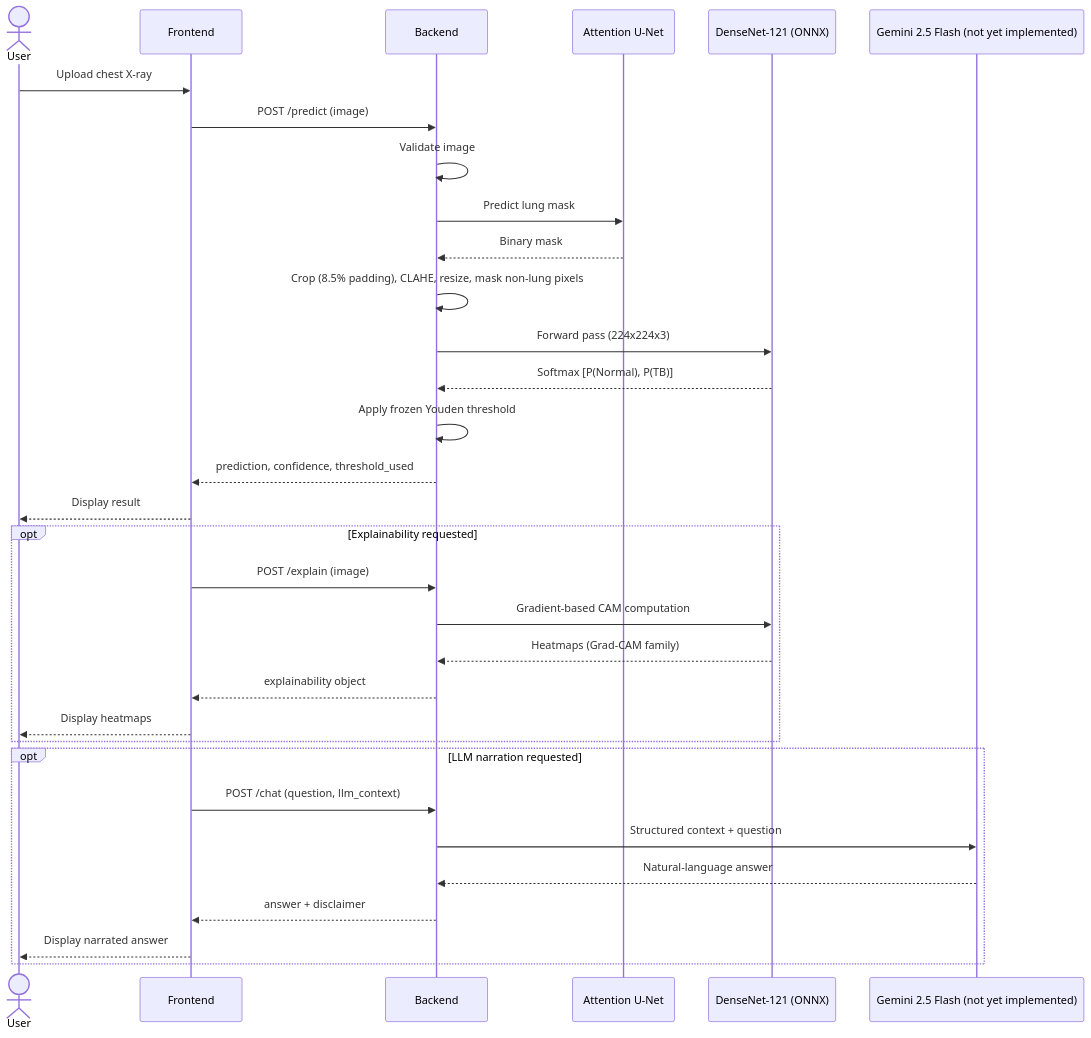
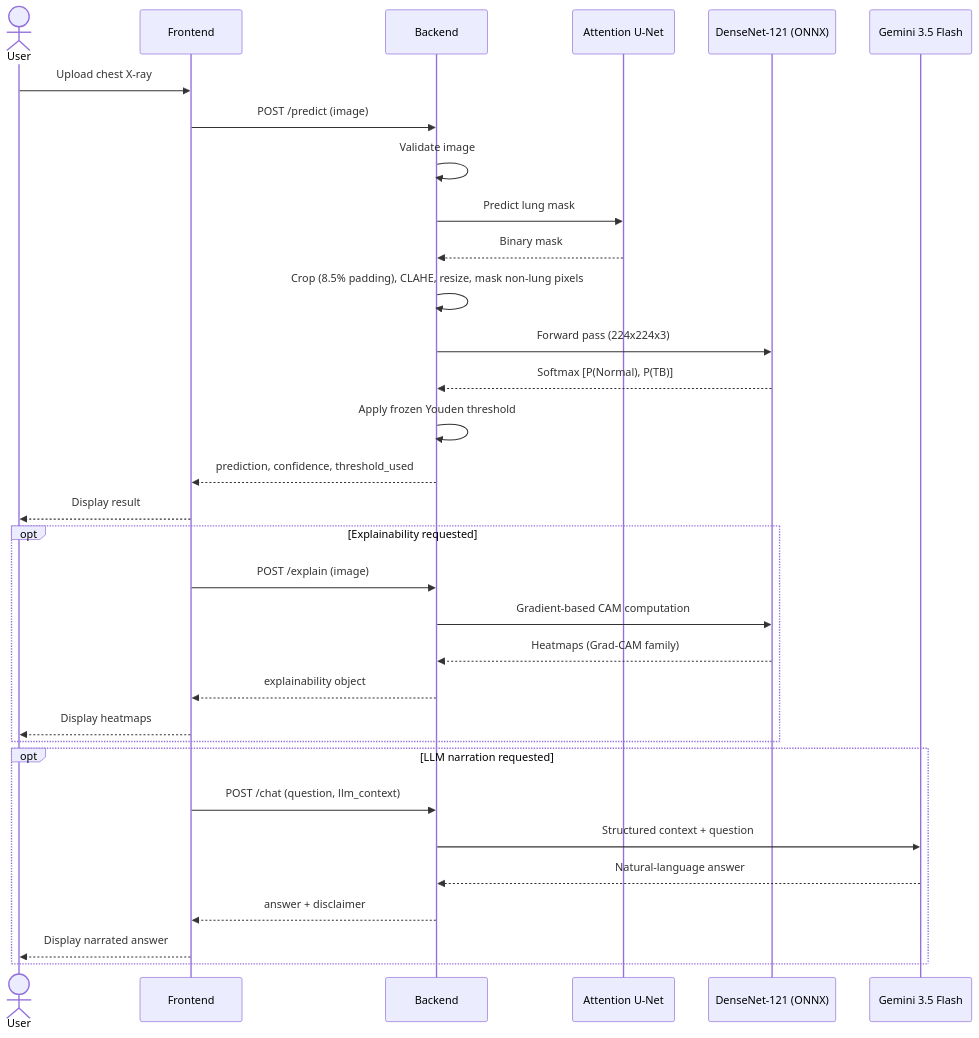
One commit to SoujanyaDasRoy/Nirik changed the sixth of 6 diagrams in docs/architecture.md. Above: the diagram before and after it, drawn with Mermaid. The commit also changed other lines of this file, not shown here.

Commit message:
Update ARCHITECTURE.md: replace Gemini 2.5 Flash references with Gemini 3.5 Flash and mark LLM as implemented

````diff
--- a/docs/architecture.md
+++ b/docs/architecture.md
@@ -567,37 +567,37 @@
 ```mermaid
 sequenceDiagram
     actor User
     participant Frontend
     participant Backend
     participant Segmentation as Attention U-Net
     participant Classifier as DenseNet-121 (ONNX)
-    participant LLM as Gemini 2.5 Flash (not yet implemented)
+    participant LLM as Gemini 3.5 Flash
 
     User->>Frontend: Upload chest X-ray
     Frontend->>Backend: POST /predict (image)
     Backend->>Backend: Validate image
     Backend->>Segmentation: Predict lung mask
     Segmentation-->>Backend: Binary mask
     Backend->>Backend: Crop (8.5% padding), CLAHE, resize, mask non-lung pixels
     Backend->>Classifier: Forward pass (224x224x3)
     Classifier-->>Backend: Softmax [P(Normal), P(TB)]
     Backend->>Backend: Apply frozen Youden threshold
     Backend-->>Frontend: prediction, confidence, threshold_used
     Frontend-->>User: Display result
 
     opt Explainability requested
         Frontend->>Backend: POST /explain (image)
         Backend->>Classifier: Gradient-based CAM computation
         Classifier-->>Backend: Heatmaps (Grad-CAM family)
         Backend-->>Frontend: explainability object
         Frontend-->>User: Display heatmaps
     end
 
     opt LLM narration requested
         Frontend->>Backend: POST /chat (question, llm_context)
         Backend->>LLM: Structured context + question
         LLM-->>Backend: Natural-language answer
         Backend-->>Frontend: answer + disclaimer
         Frontend-->>User: Display narrated answer
     end
 ```
````
